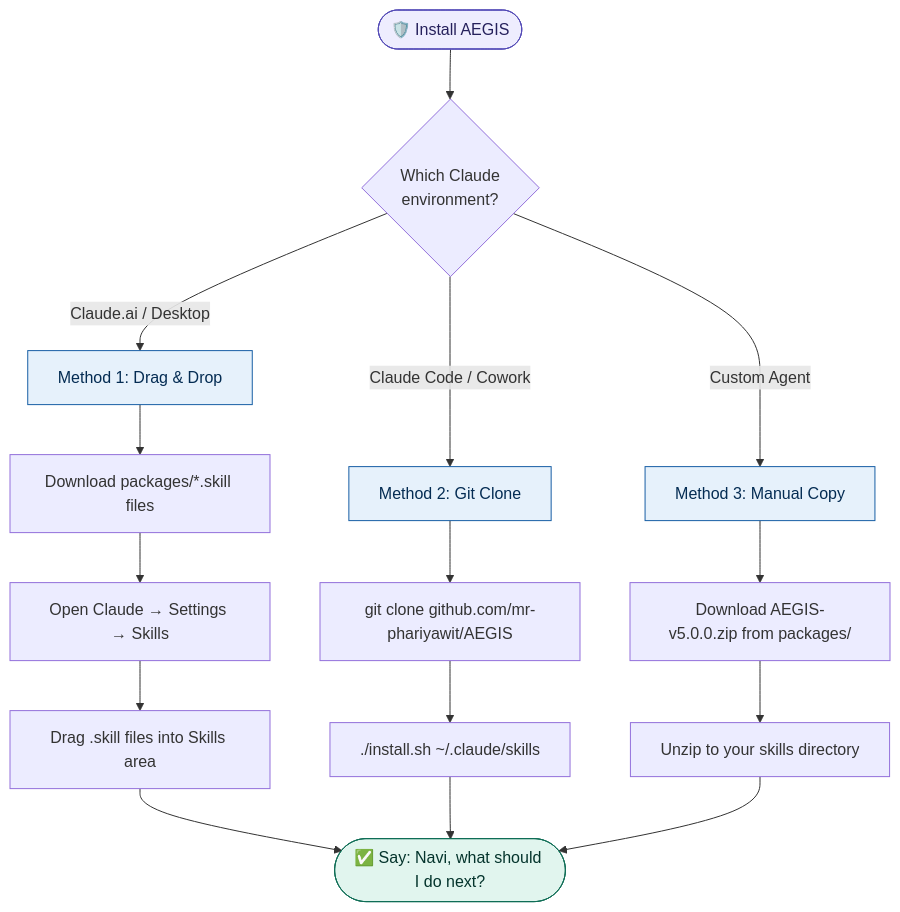
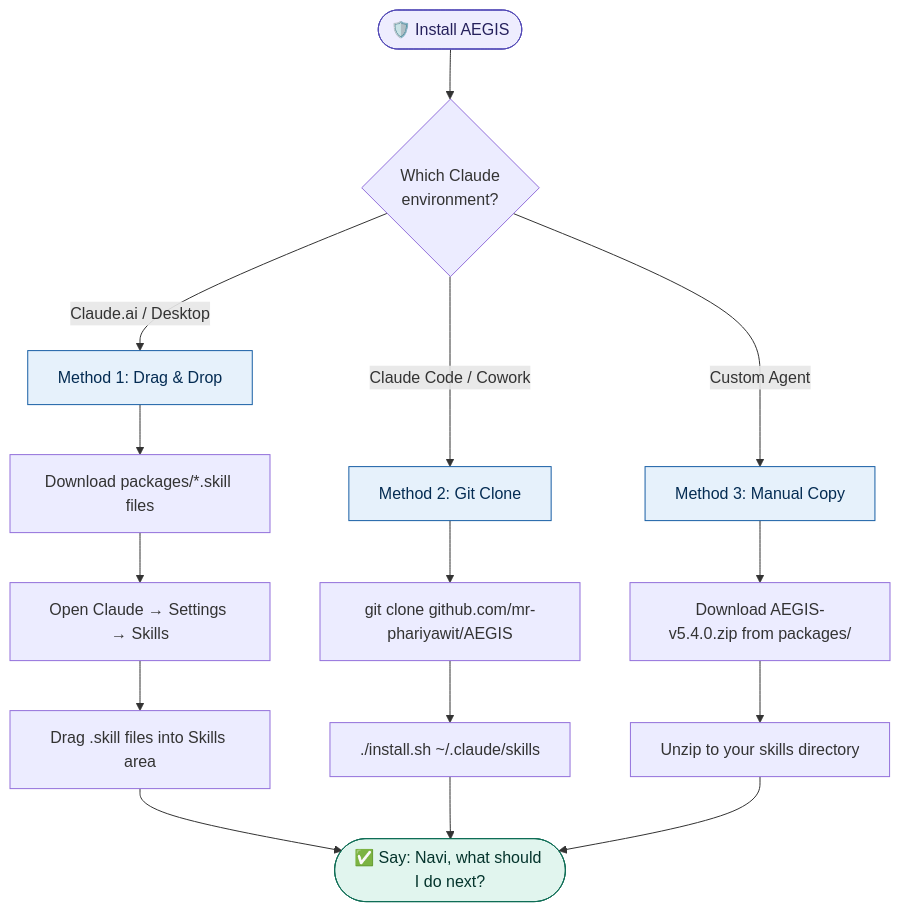
One commit to mr-phariyawit/AEGIS changed the fourth of 25 diagrams in README.md. Above: the diagram before and after it, drawn with Mermaid. The commit also changed other lines of this file and 4 other files, not shown here.

````diff
--- a/README.md
+++ b/README.md
@@ -104,28 +104,28 @@
 ```mermaid
 flowchart TD
     START(["🛡️ Install AEGIS"]) --> Q1{"Which Claude\nenvironment?"}
     Q1 -->|"Claude.ai / Desktop"| M1["Method 1: Drag & Drop"]
     Q1 -->|"Claude Code / Cowork"| M2["Method 2: Git Clone"]
     Q1 -->|"Custom Agent"| M3["Method 3: Manual Copy"]
 
     M1 --> D1["Download packages/*.skill files"]
     D1 --> D2["Open Claude → Settings → Skills"]
     D2 --> D3["Drag .skill files into Skills area"]
     D3 --> DONE
 
     M2 --> G1["git clone github.com/mr-phariyawit/AEGIS"]
     G1 --> G2["./install.sh ~/.claude/skills"]
     G2 --> DONE
 
-    M3 --> C1["Download AEGIS-v5.0.0.zip from packages/"]
+    M3 --> C1["Download AEGIS-v5.4.0.zip from packages/"]
     C1 --> C2["Unzip to your skills directory"]
     C2 --> DONE
 
     DONE(["✅ Say: Navi, what should I do next?"])
 
     style START fill:#EEEDFE,stroke:#534AB7,color:#26215C
     style DONE fill:#E1F5EE,stroke:#0F6E56,color:#04342C
     style M1 fill:#E6F1FB,stroke:#185FA5,color:#042C53
     style M2 fill:#E6F1FB,stroke:#185FA5,color:#042C53
     style M3 fill:#E6F1FB,stroke:#185FA5,color:#042C53
 ```
````
